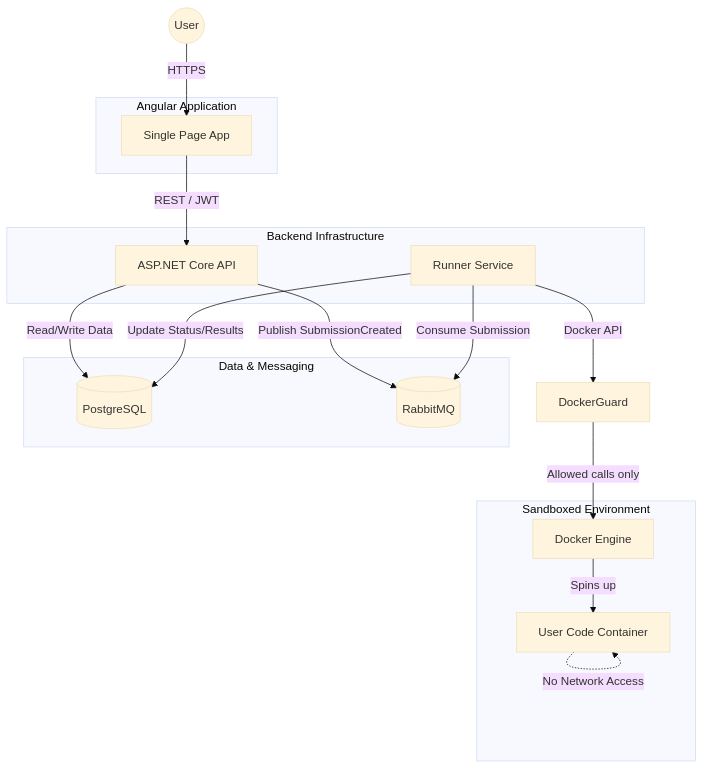
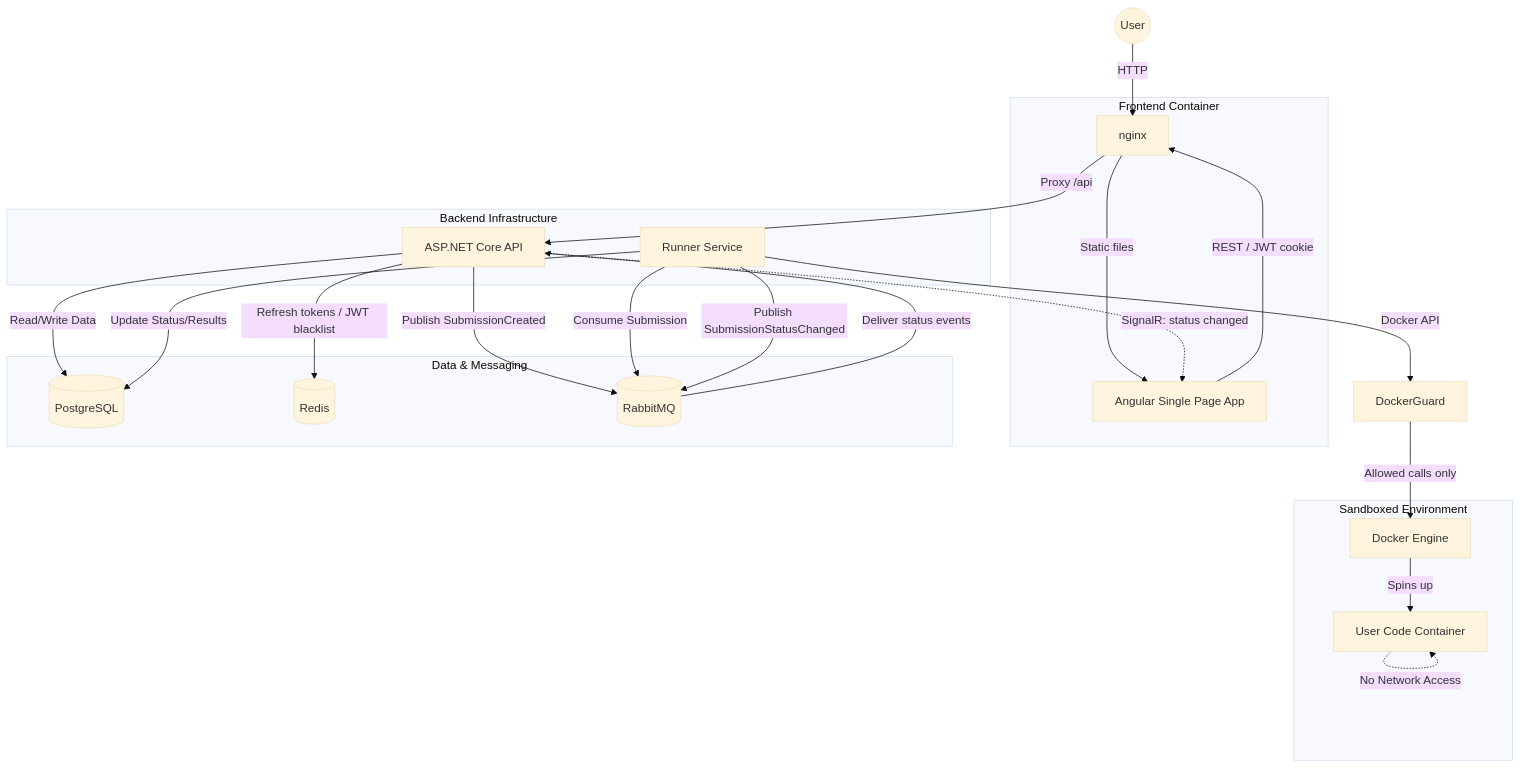
The first of 4 diagrams in README.md (yarmatss/CodeLearning), drawn with Mermaid (base theme) before and after one commit. The commit also changed other lines of this file and 26 other files, not shown here.

Commit message:
feat(submissions): push submission status over SignalR (#10)

````diff
--- a/README.md
+++ b/README.md
@@ -55,37 +59,45 @@
 ```mermaid
 graph TD
     User((User))
-    
-    subgraph Frontend [Angular Application]
-        SPA[Single Page App]
+
+    subgraph Frontend [Frontend Container]
+        Nginx[nginx]
+        SPA[Angular Single Page App]
     end
 
     subgraph Backend [Backend Infrastructure]
         API[ASP.NET Core API]
         Worker[Runner Service]
     end
 
     subgraph Data [Data & Messaging]
         DB[(PostgreSQL)]
+        Redis[(Redis)]
         RabbitMQ[(RabbitMQ)]
     end
 
     subgraph Execution [Sandboxed Environment]
         Docker[Docker Engine]
         Container[User Code Container]
     end
 
-    User -->|HTTPS| SPA
-    SPA -->|REST / JWT| API
-    
+    User -->|HTTP| Nginx
+    Nginx -->|Static files| SPA
+    SPA -->|REST / JWT cookie| Nginx
+    Nginx -->|Proxy /api| API
+    API -.->|SignalR: status changed| SPA
+
     API -->|Read/Write Data| DB
+    API -->|Refresh tokens / JWT blacklist| Redis
     API -->|Publish SubmissionCreated| RabbitMQ
-    
+
     Worker -->|Consume Submission| RabbitMQ
     Worker -->|Update Status/Results| DB
+    Worker -->|Publish SubmissionStatusChanged| RabbitMQ
+    RabbitMQ -->|Deliver status events| API
     Worker -->|Docker API| Guard[DockerGuard]
     Guard -->|Allowed calls only| Docker
-    
+
     Docker -->|Spins up| Container
     Container -.->|No Network Access| Container
 ```
````
